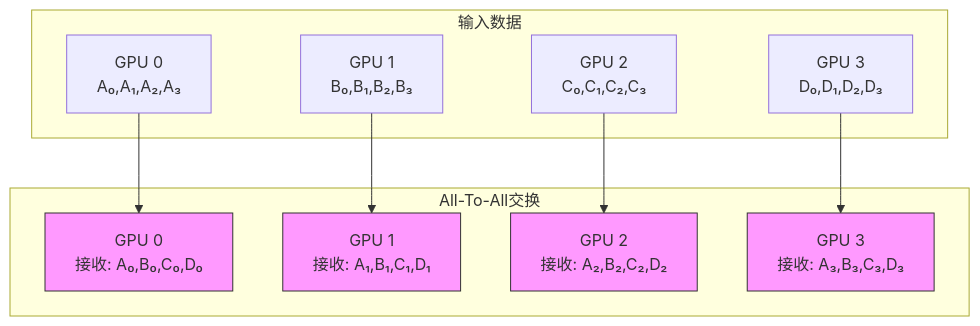
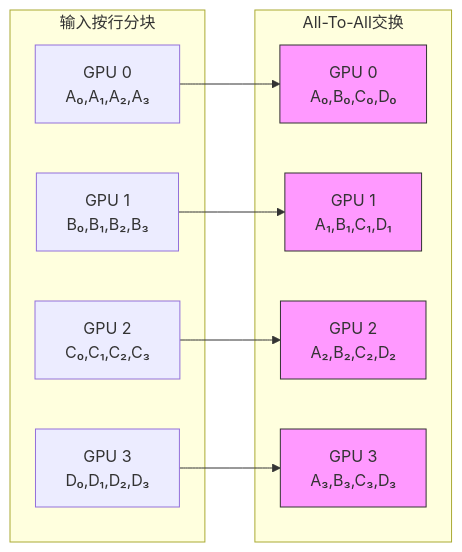
The eighth of 8 diagrams in doc/分布式集合通信和通信原语.md (jianzhnie/ScaleTorch), drawn with Mermaid before and after one commit. The commit also changed other lines of this file and 8 other files, not shown here.

````diff
--- a/doc/分布式集合通信和通信原语.md
+++ b/doc/分布式集合通信和通信原语.md
@@ -238,21 +250,21 @@
 ```mermaid
-graph TD
-    subgraph 输入数据
+graph LR
+    subgraph 输入按行分块
         A0[GPU 0<br>A₀,A₁,A₂,A₃]
         B0[GPU 1<br>B₀,B₁,B₂,B₃]
         C0[GPU 2<br>C₀,C₁,C₂,C₃]
         D0[GPU 3<br>D₀,D₁,D₂,D₃]
     end
 
     subgraph All-To-All交换
-        A0 --> A1[GPU 0<br>接收: A₀,B₀,C₀,D₀]
-        B0 --> B1[GPU 1<br>接收: A₁,B₁,C₁,D₁]
-        C0 --> C1[GPU 2<br>接收: A₂,B₂,C₂,D₂]
-        D0 --> D1[GPU 3<br>接收: A₃,B₃,C₃,D₃]
+        A0 --> A1[GPU 0<br>A₀,B₀,C₀,D₀]
+        B0 --> B1[GPU 1<br>A₁,B₁,C₁,D₁]
+        C0 --> C1[GPU 2<br>A₂,B₂,C₂,D₂]
+        D0 --> D1[GPU 3<br>A₃,B₃,C₃,D₃]
     end
 
     style A1 fill:#f9f,stroke:#333
     style B1 fill:#f9f,stroke:#333
     style C1 fill:#f9f,stroke:#333
     style D1 fill:#f9f,stroke:#333
 ```
````
